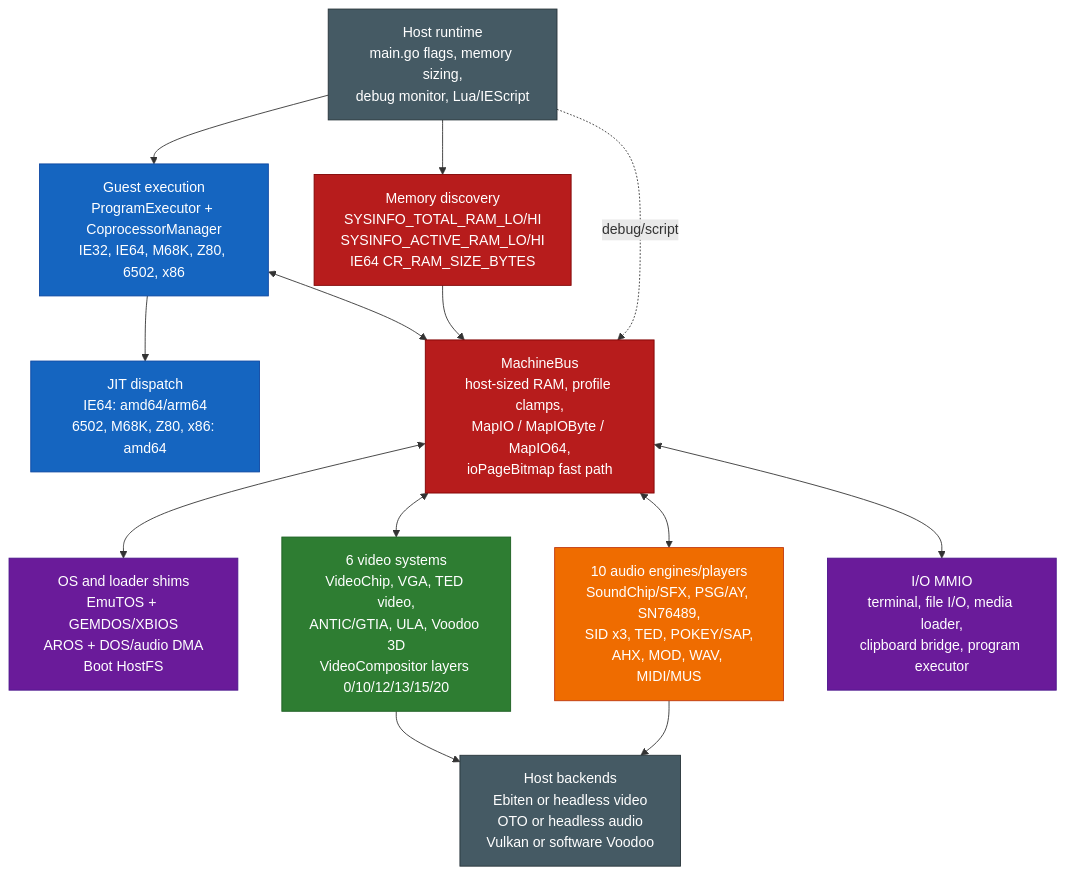
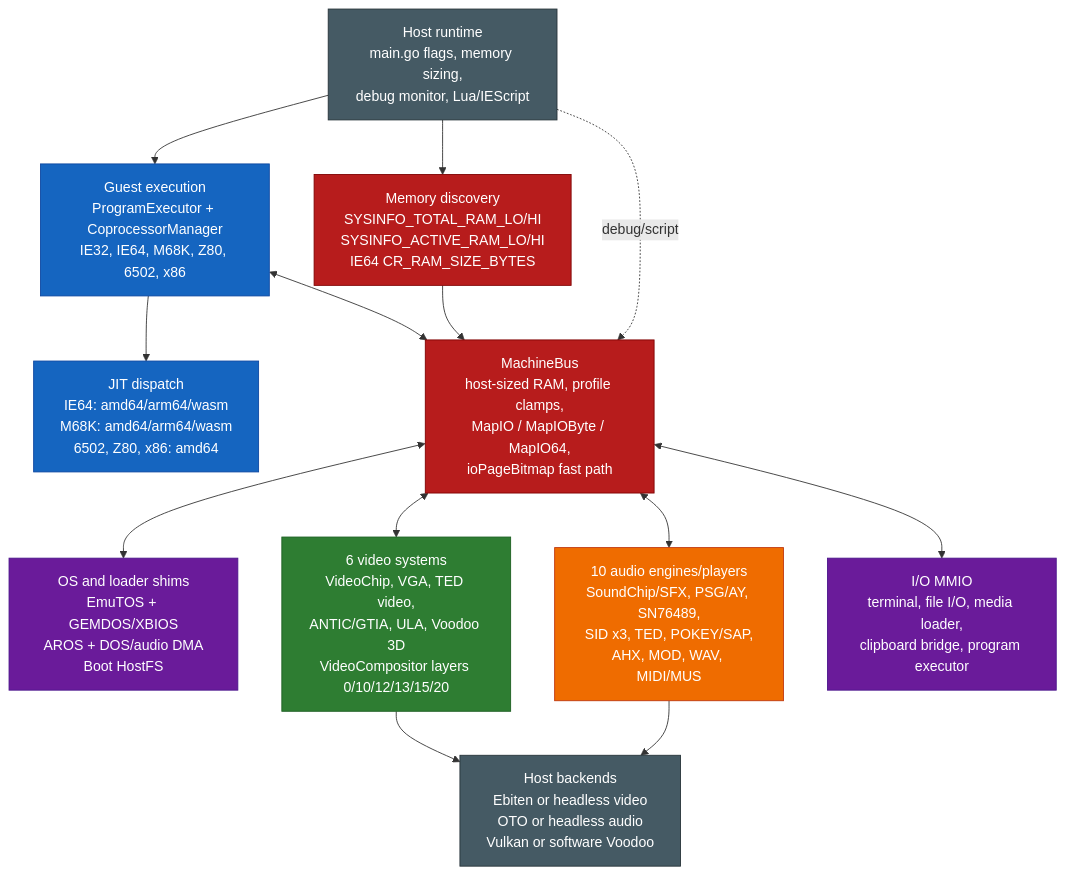
One commit to IntuitionAmiga/IntuitionEngine changed the second of 12 diagrams in sdk/docs/architecture.md. Above: the diagram before and after it, drawn with Mermaid. The commit also changed other lines of this file and 18 other files, not shown here.

````diff
--- a/sdk/docs/architecture.md
+++ b/sdk/docs/architecture.md
@@ -288,40 +288,40 @@
 ```mermaid
 flowchart TB
     HOST["Host runtime<br/>main.go flags, memory sizing,<br/>debug monitor, Lua/IEScript"]
     EXEC["Guest execution<br/>ProgramExecutor + CoprocessorManager<br/>IE32, IE64, M68K, Z80, 6502, x86"]
-    JIT["JIT dispatch<br/>IE64: amd64/arm64<br/>6502, M68K, Z80, x86: amd64"]
+    JIT["JIT dispatch<br/>IE64: amd64/arm64/wasm<br/>M68K: amd64/arm64/wasm<br/>6502, Z80, x86: amd64"]
     BUS["MachineBus<br/>host-sized RAM, profile clamps,<br/>MapIO / MapIOByte / MapIO64,<br/>ioPageBitmap fast path"]
     MEM["Memory discovery<br/>SYSINFO_TOTAL_RAM_LO/HI<br/>SYSINFO_ACTIVE_RAM_LO/HI<br/>IE64 CR_RAM_SIZE_BYTES"]
     OS["OS and loader shims<br/>EmuTOS + GEMDOS/XBIOS<br/>AROS + DOS/audio DMA<br/>Boot HostFS"]
     VIDEO["6 video systems<br/>VideoChip, VGA, TED video,<br/>ANTIC/GTIA, ULA, Voodoo 3D<br/>VideoCompositor layers 0/10/12/13/15/20"]
     AUDIO["10 audio engines/players<br/>SoundChip/SFX, PSG/AY, SN76489,<br/>SID x3, TED, POKEY/SAP,<br/>AHX, MOD, WAV, MIDI/MUS"]
     IO["I/O MMIO<br/>terminal, file I/O, media loader,<br/>clipboard bridge, program executor"]
     BACKEND["Host backends<br/>Ebiten or headless video<br/>OTO or headless audio<br/>Vulkan or software Voodoo"]
 
     HOST --> EXEC
     HOST --> MEM
     EXEC --> JIT
     EXEC <--> BUS
     MEM --> BUS
     BUS <--> OS
     BUS <--> VIDEO
     BUS <--> AUDIO
     BUS <--> IO
     VIDEO --> BACKEND
     AUDIO --> BACKEND
     HOST -. debug/script .-> BUS
 
     classDef host fill:#455A64,stroke:#263238,color:#fff
     classDef cpu fill:#1565C0,stroke:#0D47A1,color:#fff
     classDef bus fill:#B71C1C,stroke:#7F0000,color:#fff
     classDef os fill:#6A1B9A,stroke:#4A148C,color:#fff
     classDef video fill:#2E7D32,stroke:#1B5E20,color:#fff
     classDef audio fill:#EF6C00,stroke:#BF360C,color:#fff
 
     class HOST,BACKEND host
     class EXEC,JIT cpu
     class BUS,MEM bus
     class OS,IO os
     class VIDEO video
     class AUDIO audio
 ```
````
